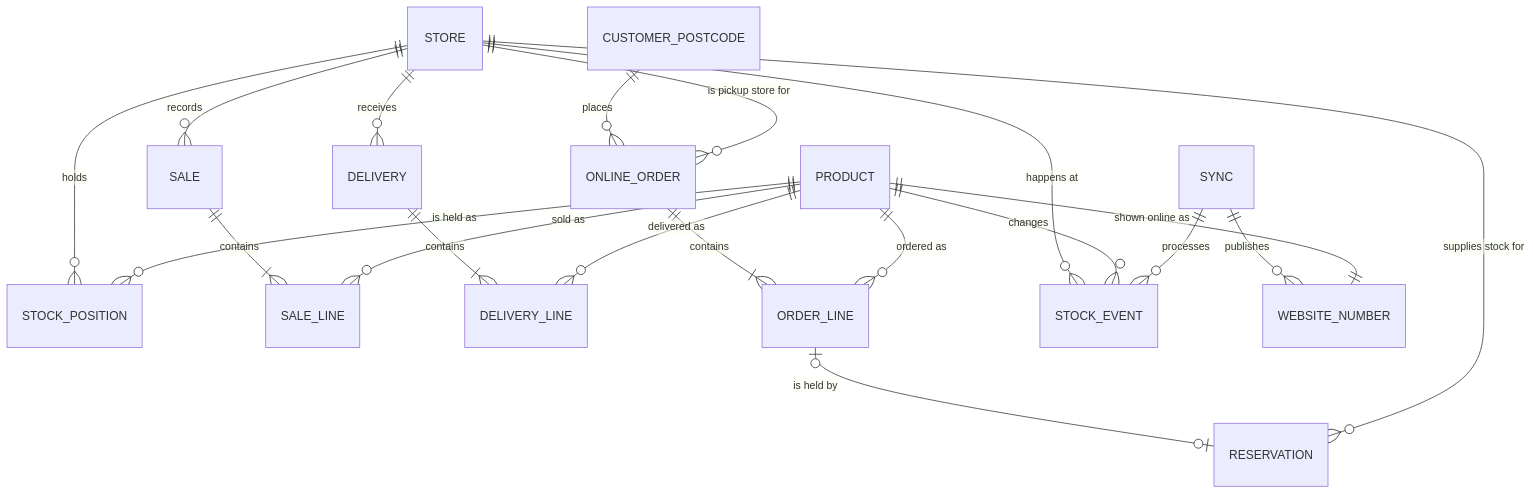
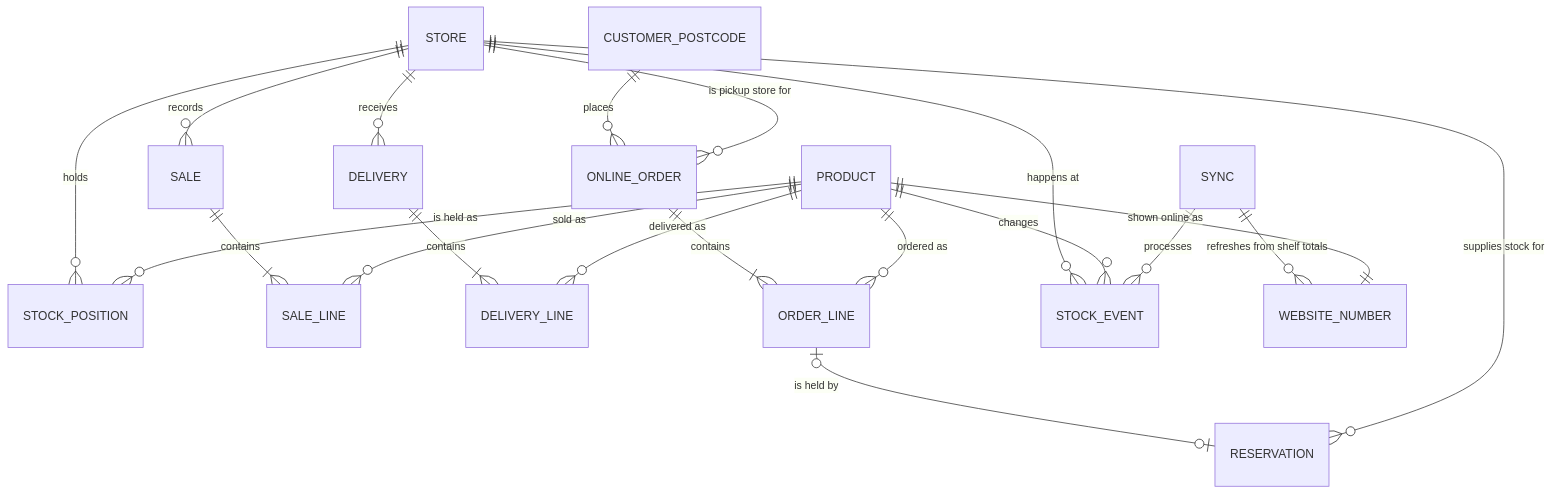
Before and after one commit to Alfredd43/Warehousing-model: the second of 4 diagrams in docs/Architecture_and_Data_Model.md, drawn with Mermaid. The commit also changed other lines of this file and 15 other files, not shown here.

First line of the commit message:
Website sync reads the store system; warehouse only records it

````diff
--- a/docs/Architecture_and_Data_Model.md
+++ b/docs/Architecture_and_Data_Model.md
@@ -72,22 +73,22 @@
 ```mermaid
 erDiagram
     STORE ||--o{ STOCK_POSITION : holds
     PRODUCT ||--o{ STOCK_POSITION : "is held as"
     STORE ||--o{ SALE : records
     SALE ||--|{ SALE_LINE : contains
     PRODUCT ||--o{ SALE_LINE : "sold as"
     STORE ||--o{ DELIVERY : receives
     DELIVERY ||--|{ DELIVERY_LINE : contains
     PRODUCT ||--o{ DELIVERY_LINE : "delivered as"
     CUSTOMER_POSTCODE ||--o{ ONLINE_ORDER : places
     STORE ||--o{ ONLINE_ORDER : "is pickup store for"
     ONLINE_ORDER ||--|{ ORDER_LINE : contains
     PRODUCT ||--o{ ORDER_LINE : "ordered as"
     ORDER_LINE |o--o| RESERVATION : "is held by"
     STORE ||--o{ RESERVATION : "supplies stock for"
     STORE ||--o{ STOCK_EVENT : "happens at"
     PRODUCT ||--o{ STOCK_EVENT : changes
     SYNC ||--o{ STOCK_EVENT : processes
-    SYNC ||--o{ WEBSITE_NUMBER : publishes
+    SYNC ||--o{ WEBSITE_NUMBER : "refreshes from shelf totals"
     PRODUCT ||--|| WEBSITE_NUMBER : "shown online as"
 ```
````
